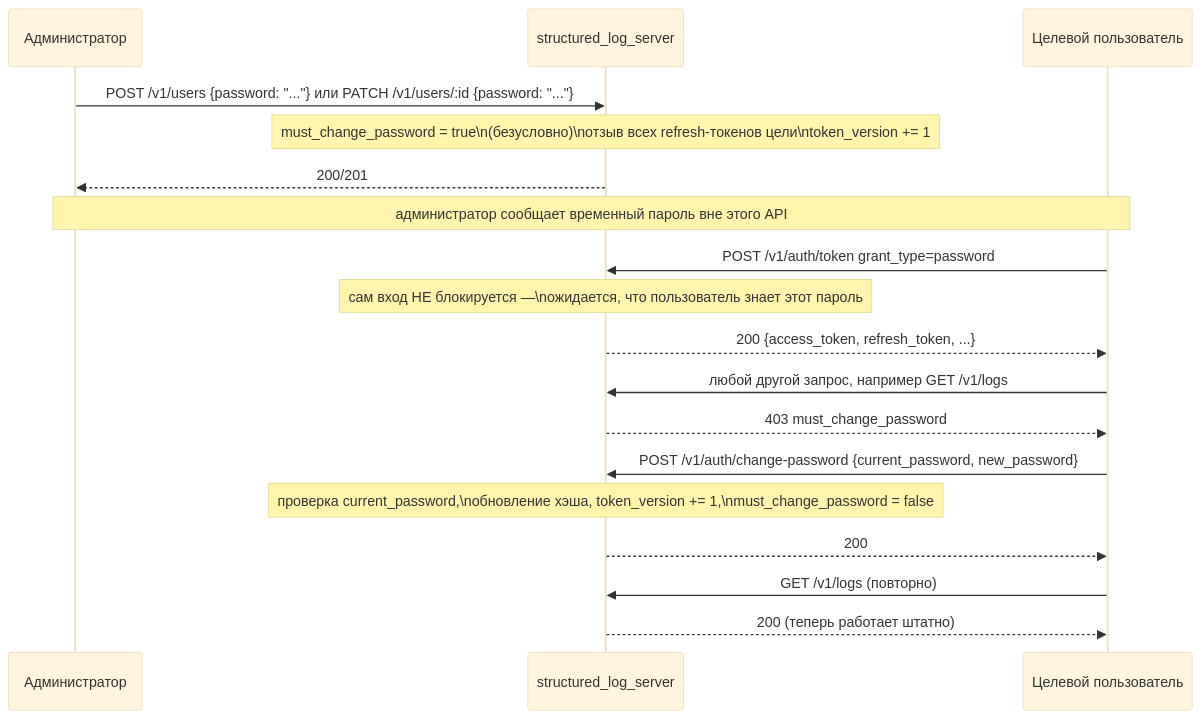
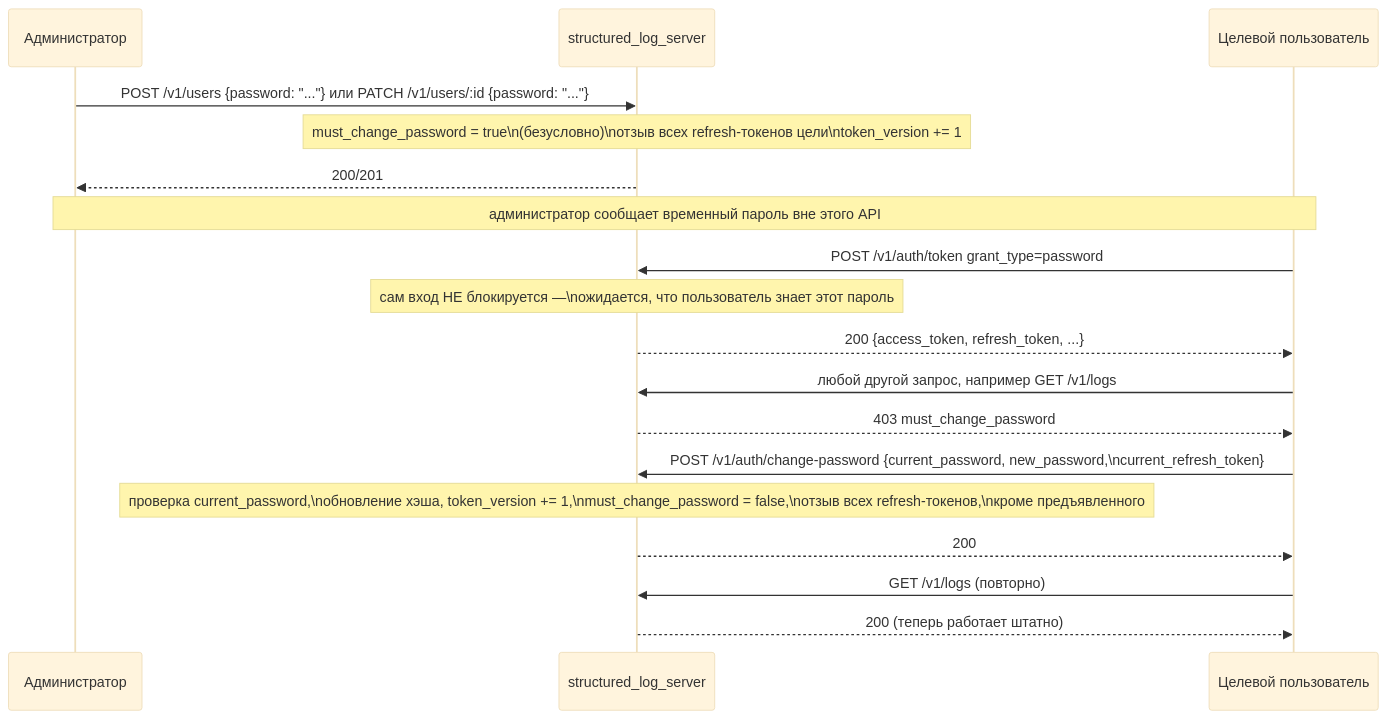
Before and after one commit to pese-git/structured_log: the fifth of 6 diagrams in docs/architecture/auth.ru.md, drawn with Mermaid (base theme). The commit also changed other lines of this file and 40 other files, not shown here.

````diff
--- a/docs/architecture/auth.ru.md
+++ b/docs/architecture/auth.ru.md
@@ -379,26 +379,26 @@
 ```mermaid
 sequenceDiagram
     participant Admin as Администратор
     participant Srv as structured_log_server
     participant User as Целевой пользователь
 
     Admin->>Srv: POST /v1/users {password: "..."} или PATCH /v1/users/:id {password: "..."}
     Note over Srv: must_change_password = true\n(безусловно)\nотзыв всех refresh-токенов цели\ntoken_version += 1
     Srv-->>Admin: 200/201
 
     Note over Admin,User: администратор сообщает временный пароль вне этого API
 
     User->>Srv: POST /v1/auth/token grant_type=password
     Note over Srv: сам вход НЕ блокируется —\nожидается, что пользователь знает этот пароль
     Srv-->>User: 200 {access_token, refresh_token, ...}
 
     User->>Srv: любой другой запрос, например GET /v1/logs
     Srv-->>User: 403 must_change_password
 
-    User->>Srv: POST /v1/auth/change-password {current_password, new_password}
-    Note over Srv: проверка current_password,\nобновление хэша, token_version += 1,\nmust_change_password = false
+    User->>Srv: POST /v1/auth/change-password {current_password, new_password,\ncurrent_refresh_token}
+    Note over Srv: проверка current_password,\nобновление хэша, token_version += 1,\nmust_change_password = false,\nотзыв всех refresh-токенов,\nкроме предъявленного
     Srv-->>User: 200
 
     User->>Srv: GET /v1/logs (повторно)
     Srv-->>User: 200 (теперь работает штатно)
 ```
````
